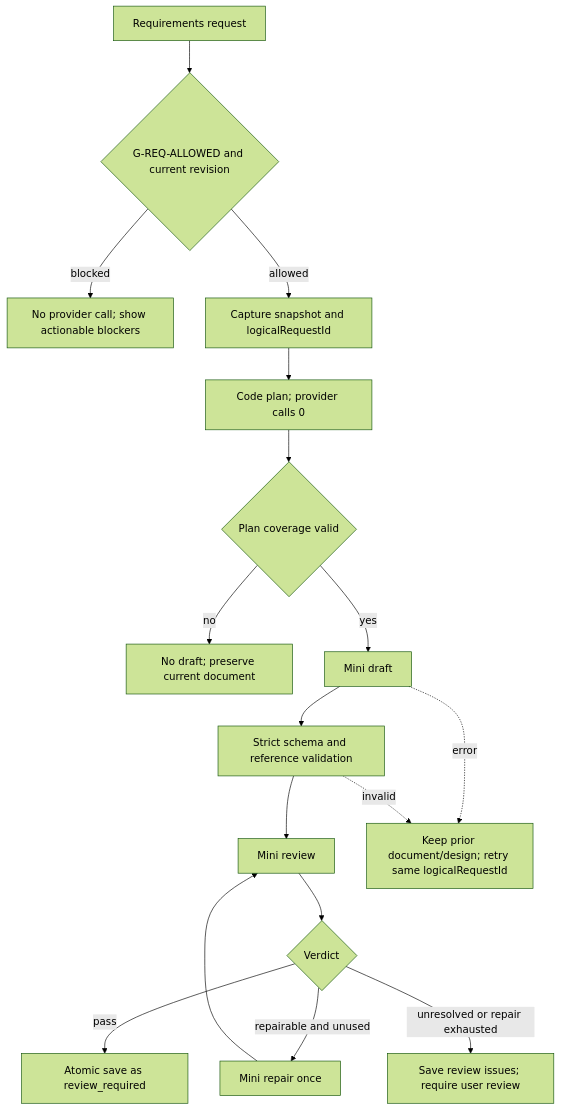
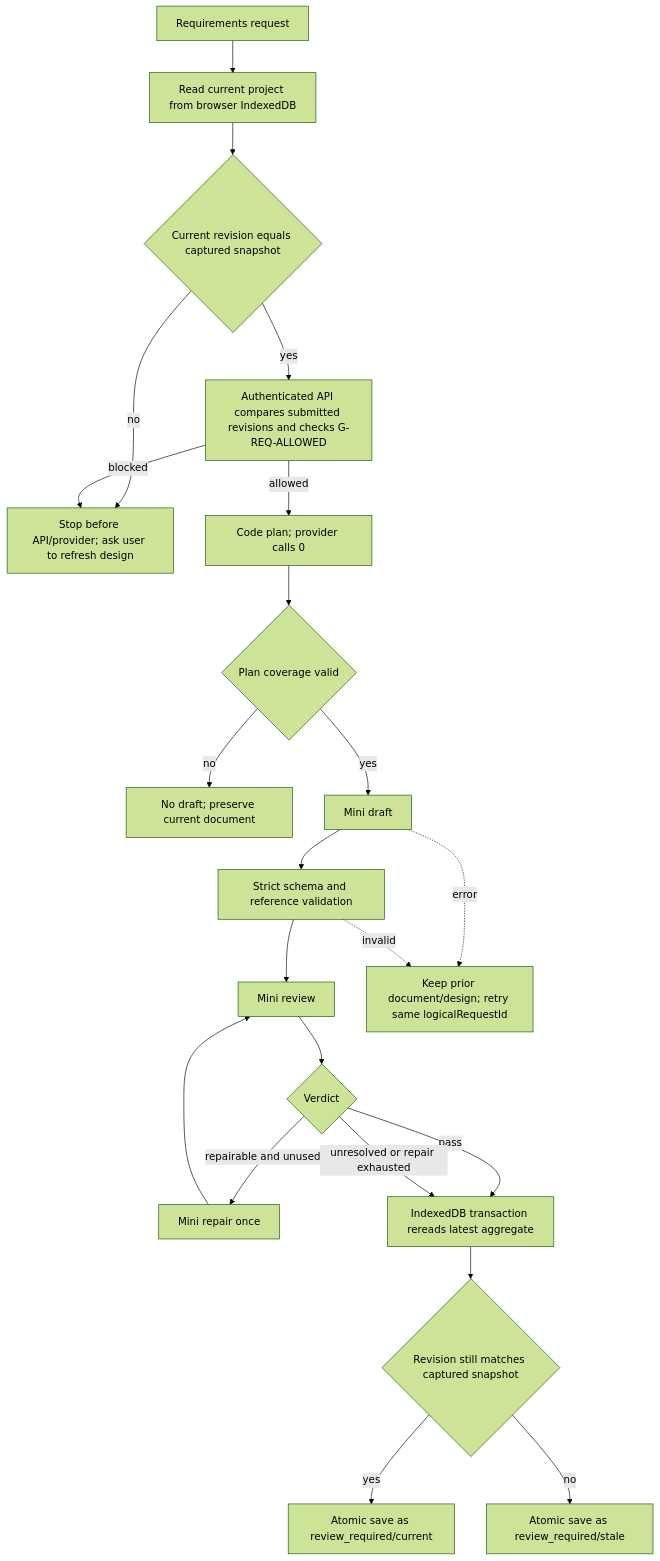
The diagram in docs/tasks/DOC-PR-01/plan.md (donghyunlee-dev/ai-agent-blueprint), drawn with Mermaid (forest theme) before and after one commit. The commit also changed other lines of this file and 1 other file, not shown here.

Commit message:
Align Requirements plan revision contract

````diff
--- a/docs/tasks/DOC-PR-01/plan.md
+++ b/docs/tasks/DOC-PR-01/plan.md
@@ -49,19 +49,24 @@
 ```mermaid
 flowchart TD
-  A[Requirements request] --> B{G-REQ-ALLOWED and current revision}
-  B -- blocked --> X[No provider call; show actionable blockers]
-  B -- allowed --> C[Capture snapshot and logicalRequestId]
-  C --> D[Code plan; provider calls 0]
-  D --> E{Plan coverage valid}
-  E -- no --> Y[No draft; preserve current document]
-  E -- yes --> F[Mini draft]
-  F --> G[Strict schema and reference validation]
-  G --> H[Mini review]
-  H --> I{Verdict}
-  I -- repairable and unused --> J[Mini repair once]
-  J --> H
-  I -- pass --> K[Atomic save as review_required]
-  I -- unresolved or repair exhausted --> L[Save review issues; require user review]
-  F -. error .-> M[Keep prior document/design; retry same logicalRequestId]
-  G -. invalid .-> M
+  A[Requirements request] --> B[Read current project from browser IndexedDB]
+  B --> C{Current revision equals captured snapshot}
+  C -- no --> X[Stop before API/provider; ask user to refresh design]
+  C -- yes --> D[Authenticated API compares submitted revisions and checks G-REQ-ALLOWED]
+  D -- blocked --> X
+  D -- allowed --> E[Code plan; provider calls 0]
+  E --> F{Plan coverage valid}
+  F -- no --> Y[No draft; preserve current document]
+  F -- yes --> G[Mini draft]
+  G --> H[Strict schema and reference validation]
+  H --> I[Mini review]
+  I --> J{Verdict}
+  J -- repairable and unused --> K[Mini repair once]
+  K --> I
+  J -- pass --> L[IndexedDB transaction rereads latest aggregate]
+  L --> M{Revision still matches captured snapshot}
+  M -- yes --> N[Atomic save as review_required/current]
+  M -- no --> O[Atomic save as review_required/stale]
+  J -- unresolved or repair exhausted --> L
+  G -. error .-> P[Keep prior document/design; retry same logicalRequestId]
+  H -. invalid .-> P
 ```
````
